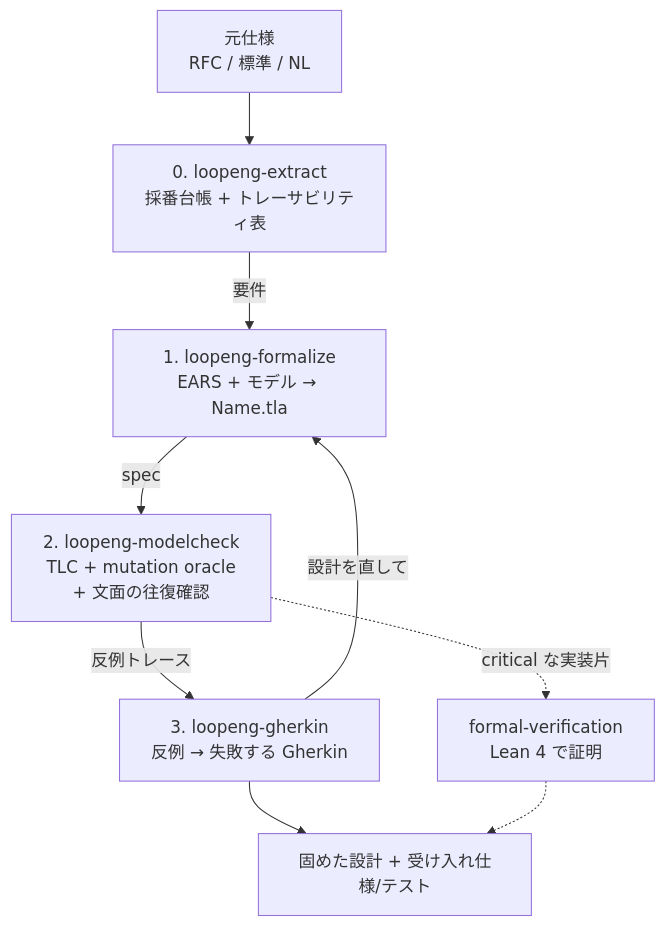
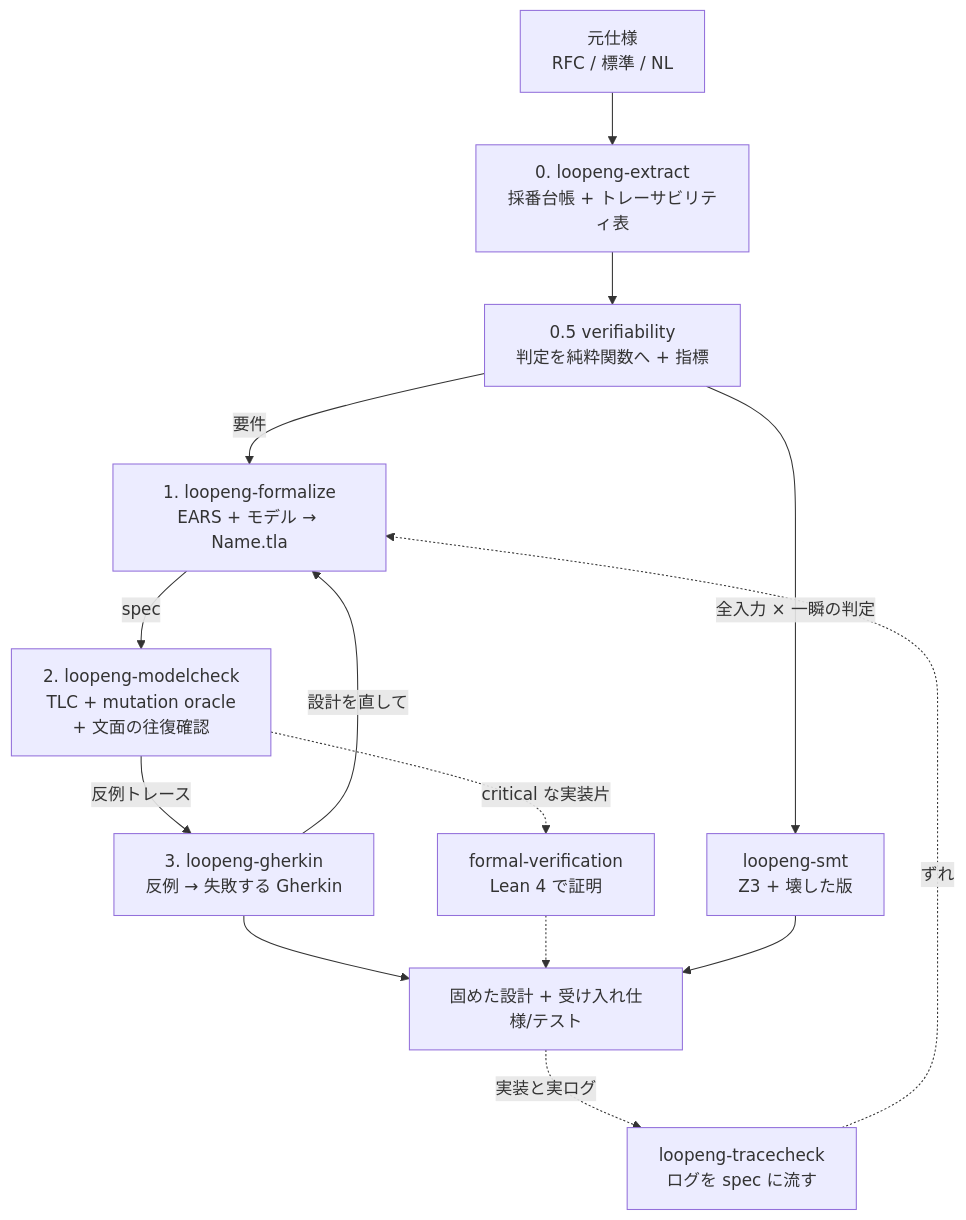
One commit to Hakkadaikon/hymme changed the diagram in skills/loop-engineering/SKILL.md. Above: the diagram before and after it, drawn with Mermaid. The commit also changed other lines of this file and 7 other files, not shown here.

````diff
--- a/skills/loop-engineering/SKILL.md
+++ b/skills/loop-engineering/SKILL.md
@@ -56,11 +61,16 @@
 ```mermaid
 flowchart TD
     SPEC[元仕様<br/>RFC / 標準 / NL] --> L0[0. loopeng-extract<br/>採番台帳 + トレーサビリティ表]
-    L0 -->|要件| L1[1. loopeng-formalize<br/>EARS + モデル → Name.tla]
+    L0 --> V[0.5 verifiability<br/>判定を純粋関数へ + 指標]
+    V -->|要件| L1[1. loopeng-formalize<br/>EARS + モデル → Name.tla]
     L1 -->|spec| L2[2. loopeng-modelcheck<br/>TLC + mutation oracle<br/>+ 文面の往復確認]
     L2 -->|反例トレース| L3[3. loopeng-gherkin<br/>反例 → 失敗する Gherkin]
     L3 -->|設計を直して| L1
     L2 -.->|critical な実装片| LEAN[formal-verification<br/>Lean 4 で証明]
     L3 --> OUT[固めた設計 + 受け入れ仕様/テスト]
     LEAN -.-> OUT
+    V -->|全入力 × 一瞬の判定| SMT[loopeng-smt<br/>Z3 + 壊した版]
+    SMT --> OUT
+    OUT -.->|実装と実ログ| TC[loopeng-tracecheck<br/>ログを spec に流す]
+    TC -.->|ずれ| L1
 ```
````
